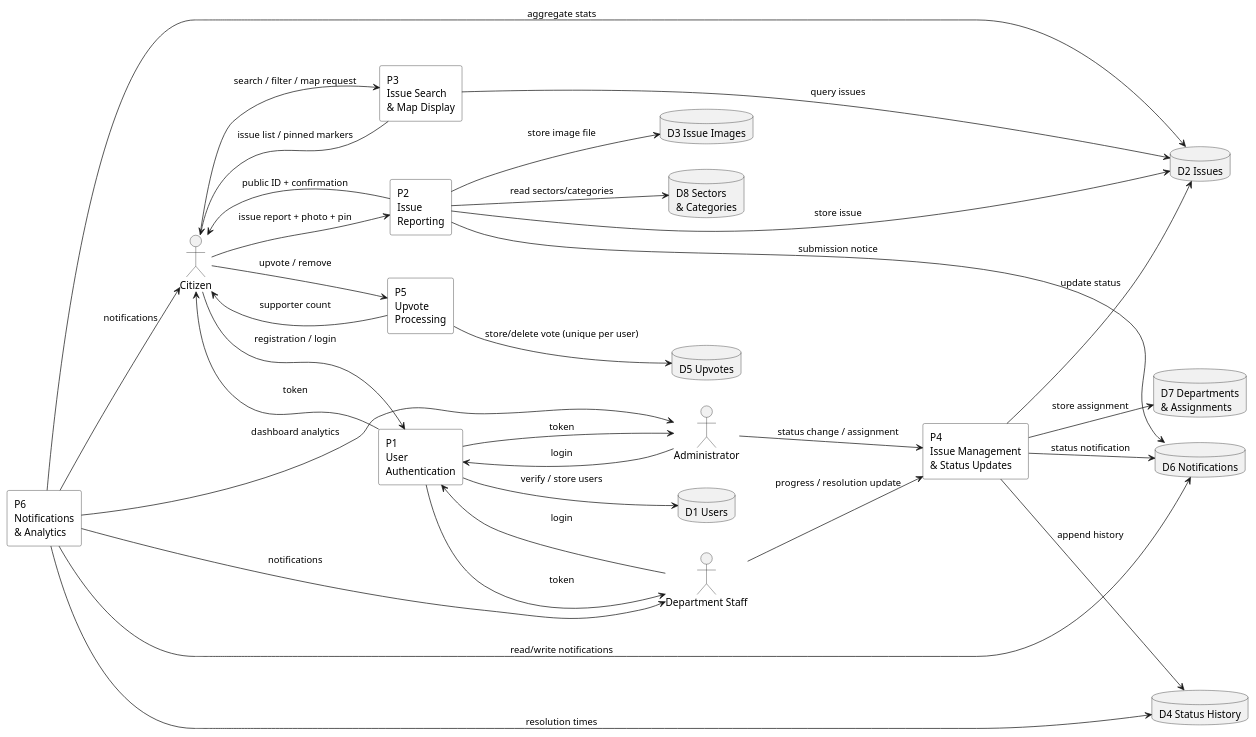
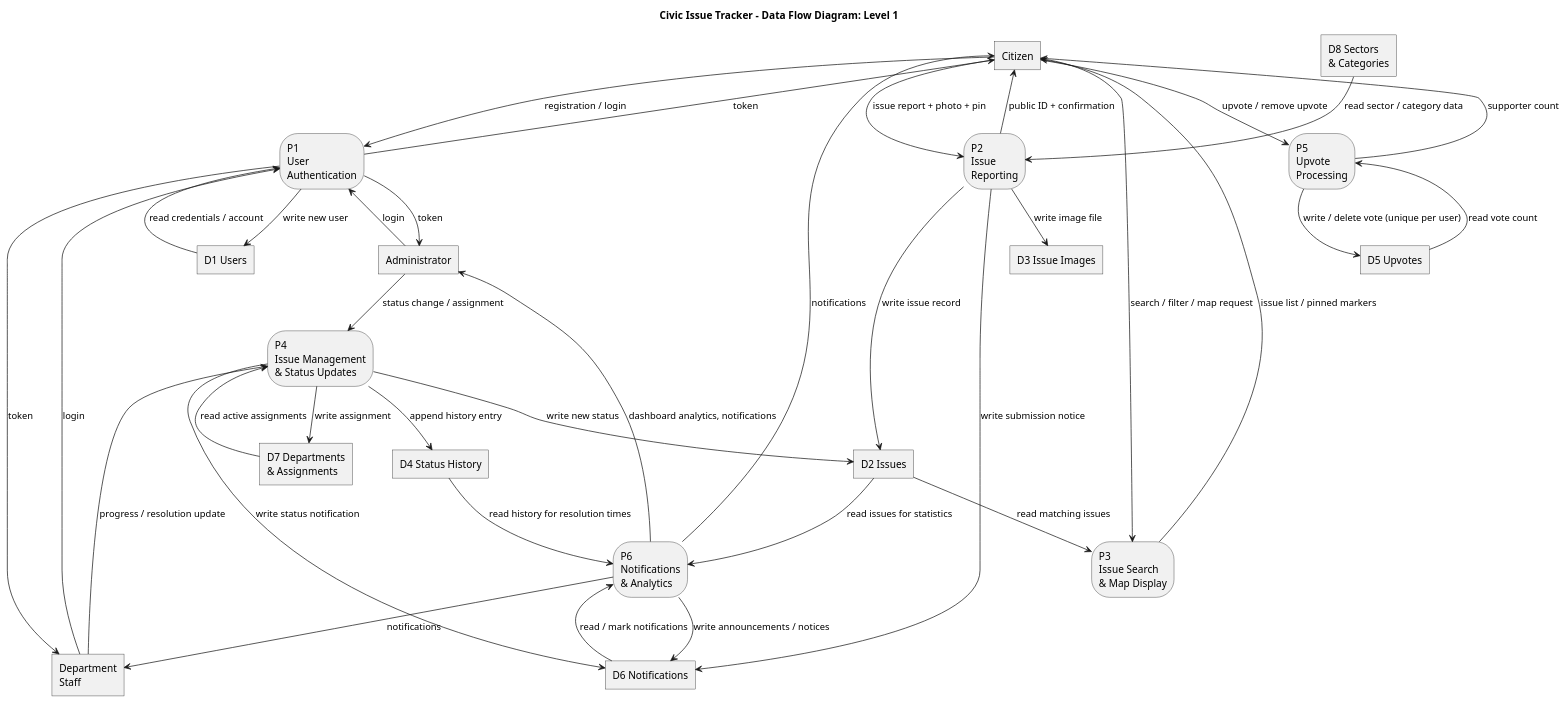
Before and after one commit to manojkumaranna07-svg/civic-issue-tracker: the diagram in docs/diagrams/dfd-level-1.puml, drawn with PlantUML. The commit also changed 18 other files, not shown here.

Commit message:
Diagram corrections: DFD notation (rectangular entities, rounded processes, read/write flow directions), use-case extend directions, activity validation loop + admin resolution review, titles on all diagrams, class-diagram role note

```diff
--- a/docs/diagrams/dfd-level-1.puml
+++ b/docs/diagrams/dfd-level-1.puml
@@ -1,62 +1,73 @@
-@startuml "Civic Issue Tracker - DFD Level 1"
+@startuml
 skinparam monochrome true
 skinparam shadowing false
-left to right direction
+skinparam rectangle {
+  roundCorner 0
+}
+hide <<process>> stereotype
+skinparam rectangle<<process>> {
+  roundCorner 50
+}
+title Civic Issue Tracker - Data Flow Diagram: Level 1
 
-actor Citizen
-actor Administrator
-actor "Department Staff" as Staff
+rectangle Citizen as E1
+rectangle Administrator as E2
+rectangle "Department\nStaff" as E3
 
-rectangle "P1\nUser\nAuthentication" as P1 #white
-rectangle "P2\nIssue\nReporting" as P2 #white
-rectangle "P3\nIssue Search\n& Map Display" as P3 #white
-rectangle "P4\nIssue Management\n& Status Updates" as P4 #white
-rectangle "P5\nUpvote\nProcessing" as P5 #white
-rectangle "P6\nNotifications\n& Analytics" as P6 #white
+rectangle "P1\nUser\nAuthentication" as P1 <<process>>
+rectangle "P2\nIssue\nReporting" as P2 <<process>>
+rectangle "P3\nIssue Search\n& Map Display" as P3 <<process>>
+rectangle "P4\nIssue Management\n& Status Updates" as P4 <<process>>
+rectangle "P5\nUpvote\nProcessing" as P5 <<process>>
+rectangle "P6\nNotifications\n& Analytics" as P6 <<process>>
 
-database "D1 Users" as D1
-database "D2 Issues" as D2
-database "D3 Issue Images" as D3
-database "D4 Status History" as D4
-database "D5 Upvotes" as D5
-database "D6 Notifications" as D6
-database "D7 Departments\n& Assignments" as D7
-database "D8 Sectors\n& Categories" as D8
+rectangle "D1 Users" as D1
+rectangle "D2 Issues" as D2
+rectangle "D3 Issue Images" as D3
+rectangle "D4 Status History" as D4
+rectangle "D5 Upvotes" as D5
+rectangle "D6 Notifications" as D6
+rectangle "D7 Departments\n& Assignments" as D7
+rectangle "D8 Sectors\n& Categories" as D8
 
-Citizen --> P1 : registration / login
-Administrator --> P1 : login
-Staff --> P1 : login
-P1 --> D1 : verify / store users
-P1 --> Citizen : token
-P1 --> Administrator : token
-P1 --> Staff : token
+E1 --> P1 : registration / login
+E2 --> P1 : login
+E3 --> P1 : login
+P1 --> D1 : write new user
+D1 --> P1 : read credentials / account
+P1 --> E1 : token
+P1 --> E2 : token
+P1 --> E3 : token
 
-Citizen --> P2 : issue report + photo + pin
-P2 --> D2 : store issue
-P2 --> D3 : store image file
-P2 --> D8 : read sectors/categories
-P2 --> D6 : submission notice
-P2 --> Citizen : public ID + confirmation
+E1 --> P2 : issue report + photo + pin
+D8 --> P2 : read sector / category data
+P2 --> D2 : write issue record
+P2 --> D3 : write image file
+P2 --> D6 : write submission notice
+P2 --> E1 : public ID + confirmation
 
-Citizen --> P3 : search / filter / map request
-P3 --> D2 : query issues
-P3 --> Citizen : issue list / pinned markers
+E1 --> P3 : search / filter / map request
+D2 --> P3 : read matching issues
+P3 --> E1 : issue list / pinned markers
 
-Administrator --> P4 : status change / assignment
-Staff --> P4 : progress / resolution update
-P4 --> D2 : update status
-P4 --> D4 : append history
-P4 --> D7 : store assignment
-P4 --> D6 : status notification
+E2 --> P4 : status change / assignment
+E3 --> P4 : progress / resolution update
+P4 --> D2 : write new status
+P4 --> D4 : append history entry
+P4 --> D7 : write assignment
+D7 --> P4 : read active assignments
+P4 --> D6 : write status notification
 
-Citizen --> P5 : upvote / remove
-P5 --> D5 : store/delete vote (unique per user)
-P5 --> Citizen : supporter count
+E1 --> P5 : upvote / remove upvote
+P5 --> D5 : write / delete vote (unique per user)
+D5 --> P5 : read vote count
+P5 --> E1 : supporter count
 
-P6 --> D6 : read/write notifications
-P6 --> D2 : aggregate stats
-P6 --> D4 : resolution times
-P6 --> Administrator : dashboard analytics
-P6 --> Citizen : notifications
-P6 --> Staff : notifications
+D2 --> P6 : read issues for statistics
+D4 --> P6 : read history for resolution times
+D6 --> P6 : read / mark notifications
+P6 --> D6 : write announcements / notices
+P6 --> E1 : notifications
+P6 --> E2 : dashboard analytics, notifications
+P6 --> E3 : notifications
 @enduml
```
